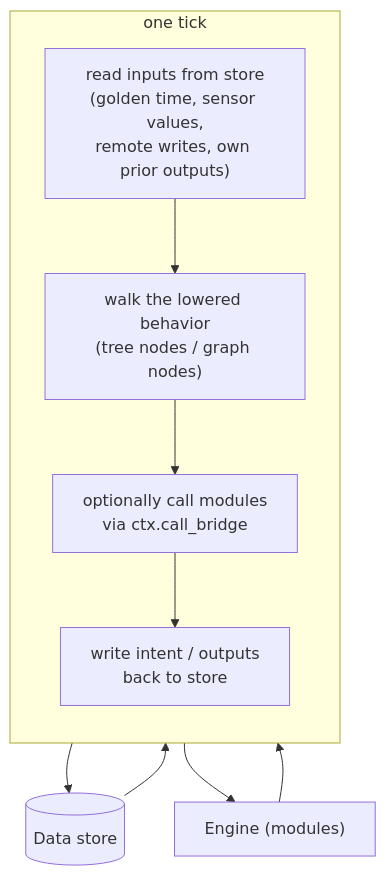
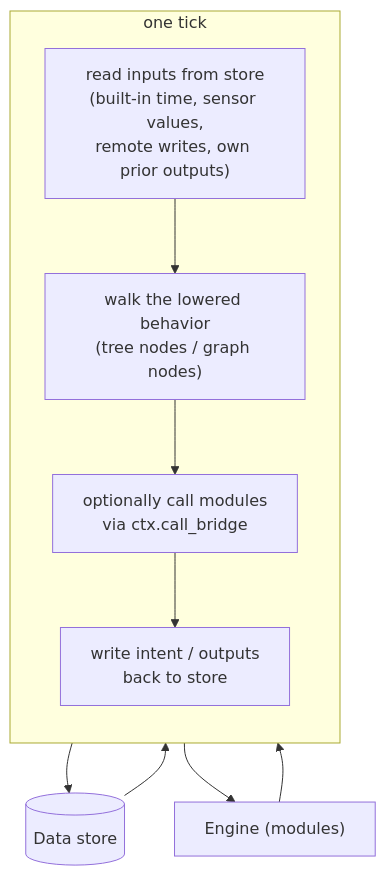
Before and after one commit to semio-ai/arora-sdk: the third of 3 diagrams in crates/arora-behavior/docs/interpreter-workflow.md, drawn with Mermaid. The commit also changed other lines of this file and 17 other files, not shown here.

First line of the commit message:
refactor: rename the "golden" concept to "built-in" (ARORA-59)

````diff
--- a/crates/arora-behavior/docs/interpreter-workflow.md
+++ b/crates/arora-behavior/docs/interpreter-workflow.md
@@ -96,16 +96,16 @@
 ```mermaid
 flowchart TB
   store[("Data store")]
   subgraph frame["one tick"]
     direction TB
-    read["read inputs from store<br/>(golden time, sensor values,<br/>remote writes, own prior outputs)"]
+    read["read inputs from store<br/>(built-in time, sensor values,<br/>remote writes, own prior outputs)"]
     compute["walk the lowered behavior<br/>(tree nodes / graph nodes)"]
     invoke["optionally call modules<br/>via ctx.call_bridge"]
     write["write intent / outputs<br/>back to store"]
     read --> compute --> invoke --> write
   end
   store --> read
   write --> store
   invoke --> engine["Engine (modules)"]
   engine --> invoke
 ```
````
